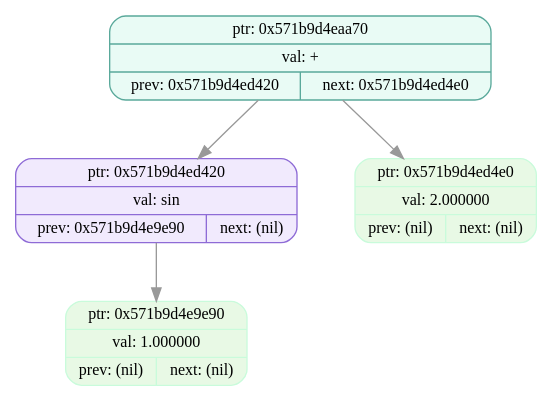
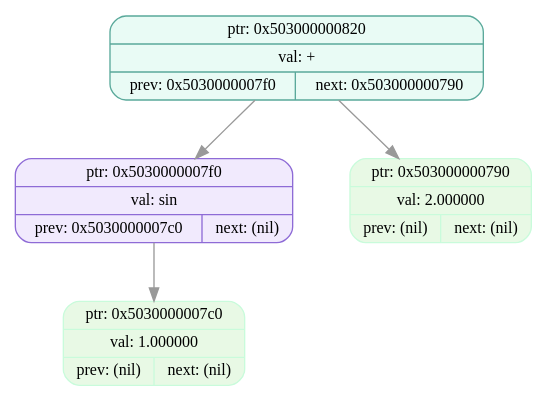
One commit to EvilTomato9890/Difference changed the diagram in dumps/tree_dump_007.dot. Above: the diagram before and after it, drawn with Graphviz. The commit also changed 53 other files, not shown here.

```diff
--- a/dumps/tree_dump_007.dot
+++ b/dumps/tree_dump_007.dot
@@ -1,11 +1,11 @@
 digraph T{
   node [fontname="Fira Mono",shape=record,style="filled,rounded",fontsize=12];
   graph [splines=true, nodesep=0.6, ranksep=0.6];
-  node_0x571b9d4eaa70[shape=record,label="{ {ptr: 0x571b9d4eaa70} | {val: +} | { prev: 0x571b9d4ed420 | next: 0x571b9d4ed4e0 } }",color="#5aa99b",fillcolor="#e9fbf5"];
-  node_0x571b9d4ed420[shape=record,label="{ {ptr: 0x571b9d4ed420} | {val: sin} | { prev: 0x571b9d4e9e90 | next: (nil) } }",color="#8e6bd6",fillcolor="#f1eafd"];
-  node_0x571b9d4e9e90[shape=record,label="{ {ptr: 0x571b9d4e9e90} | {val: 1.000000} | { prev: (nil) | next: (nil) } }",color="#c9fbdbff",fillcolor="#e8f9e5ff"];
-  node_0x571b9d4ed4e0[shape=record,label="{ {ptr: 0x571b9d4ed4e0} | {val: 2.000000} | { prev: (nil) | next: (nil) } }",color="#c9fbdbff",fillcolor="#e8f9e5ff"];
-  node_0x571b9d4eaa70 -> node_0x571b9d4ed420 [color="#999999"];
-  node_0x571b9d4eaa70 -> node_0x571b9d4ed4e0 [color="#999999"];
-  node_0x571b9d4ed420 -> node_0x571b9d4e9e90 [color="#999999"];
+  node_0x503000000820[shape=record,label="{ {ptr: 0x503000000820} | {val: +} | { prev: 0x5030000007f0 | next: 0x503000000790 } }",color="#5aa99b",fillcolor="#e9fbf5"];
+  node_0x5030000007f0[shape=record,label="{ {ptr: 0x5030000007f0} | {val: sin} | { prev: 0x5030000007c0 | next: (nil) } }",color="#8e6bd6",fillcolor="#f1eafd"];
+  node_0x5030000007c0[shape=record,label="{ {ptr: 0x5030000007c0} | {val: 1.000000} | { prev: (nil) | next: (nil) } }",color="#c9fbdbff",fillcolor="#e8f9e5ff"];
+  node_0x503000000790[shape=record,label="{ {ptr: 0x503000000790} | {val: 2.000000} | { prev: (nil) | next: (nil) } }",color="#c9fbdbff",fillcolor="#e8f9e5ff"];
+  node_0x503000000820 -> node_0x5030000007f0 [color="#999999"];
+  node_0x503000000820 -> node_0x503000000790 [color="#999999"];
+  node_0x5030000007f0 -> node_0x5030000007c0 [color="#999999"];
 }
```
